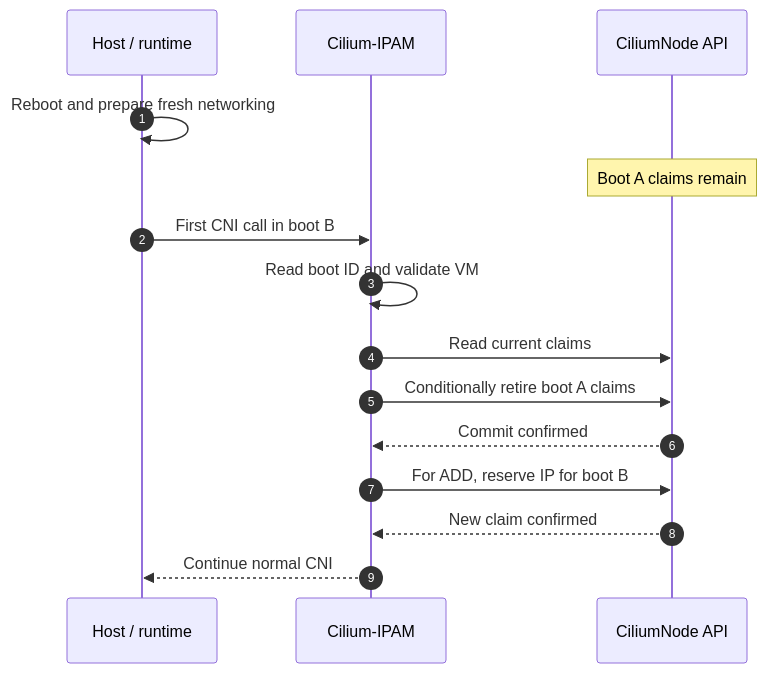
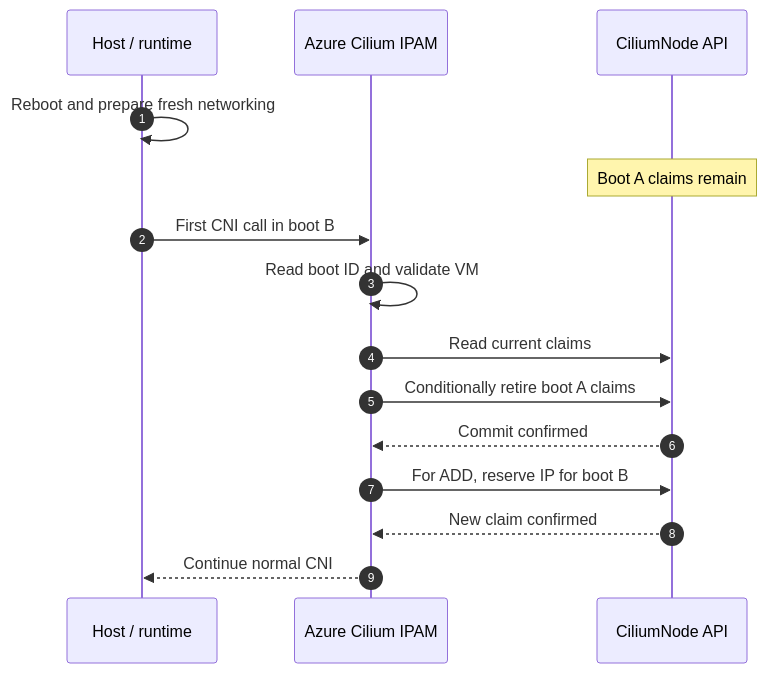
Before and after one commit to Azure/azure-container-networking: the eighth of 9 diagrams in docs/cilium-operator-ipam.md, drawn with Mermaid. The commit also changed other lines of this file, not shown here.

First line of the commit message:
Use component names in IPAM design diagrams

````diff
--- a/docs/cilium-operator-ipam.md
+++ b/docs/cilium-operator-ipam.md
@@ -433,17 +437,17 @@
 ```mermaid
 sequenceDiagram
     autonumber
     participant H as Host / runtime
-    participant I as Cilium-IPAM
+    participant I as Azure Cilium IPAM
     participant K as CiliumNode API
     H->>H: Reboot and prepare fresh networking
     Note over K: Boot A claims remain
     H->>I: First CNI call in boot B
     I->>I: Read boot ID and validate VM
     I->>K: Read current claims
     I->>K: Conditionally retire boot A claims
     K-->>I: Commit confirmed
     I->>K: For ADD, reserve IP for boot B
     K-->>I: New claim confirmed
     I-->>H: Continue normal CNI
 ```
````
